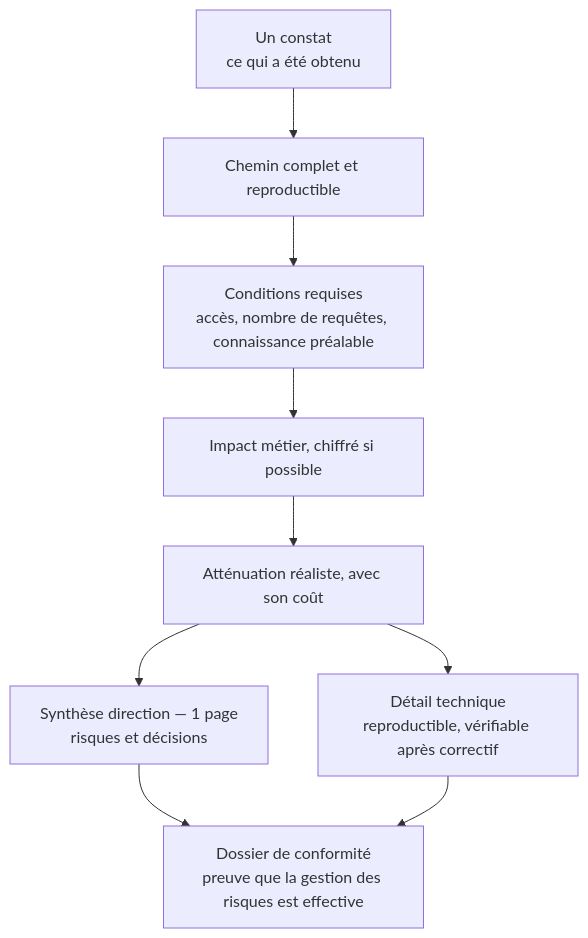
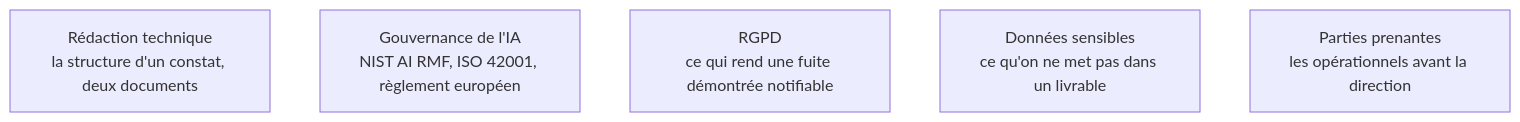
The diagram in content/parcours/ai-red-teaming/restitution-et-gouvernance.md (floSa/Atlas-Metiers-Roadmaps), drawn with Mermaid before and after one commit. The commit also changed other lines of this file, not shown here.

Commit message:
Restitution et gouvernance : carte cliquable des cinq notions, anatomie du constat en texte

````diff
--- a/content/parcours/ai-red-teaming/restitution-et-gouvernance.md
+++ b/content/parcours/ai-red-teaming/restitution-et-gouvernance.md
@@ -13,11 +11,14 @@
 ```mermaid
 flowchart TD
-  C["Un constat<br/>ce qui a été obtenu"] --> P["Chemin complet et reproductible"]
-  P --> R["Conditions requises<br/>accès, nombre de requêtes, connaissance préalable"]
-  R --> I["Impact métier, chiffré si possible"]
-  I --> M["Atténuation réaliste, avec son coût"]
-  M --> D1["Synthèse direction — 1 page<br/>risques et décisions"]
-  M --> D2["Détail technique<br/>reproductible, vérifiable après correctif"]
-  D1 --> G["Dossier de conformité<br/>preuve que la gestion des risques est effective"]
-  D2 --> G
+  RED["Rédaction technique<br/>la structure d'un constat, deux documents"]
+  GOU["Gouvernance de l'IA<br/>NIST AI RMF, ISO 42001, règlement européen"]
+  RGP["RGPD<br/>ce qui rend une fuite démontrée notifiable"]
+  DOS["Données sensibles<br/>ce qu'on ne met pas dans un livrable"]
+  PAR["Parties prenantes<br/>les opérationnels avant la direction"]
+
+  click RED "/notions/redaction-technique"
+  click GOU "/notions/gouvernance-ia"
+  click RGP "/notions/rgpd"
+  click DOS "/notions/donnees-sensibles"
+  click PAR "/notions/gestion-parties-prenantes"
 ```
````
